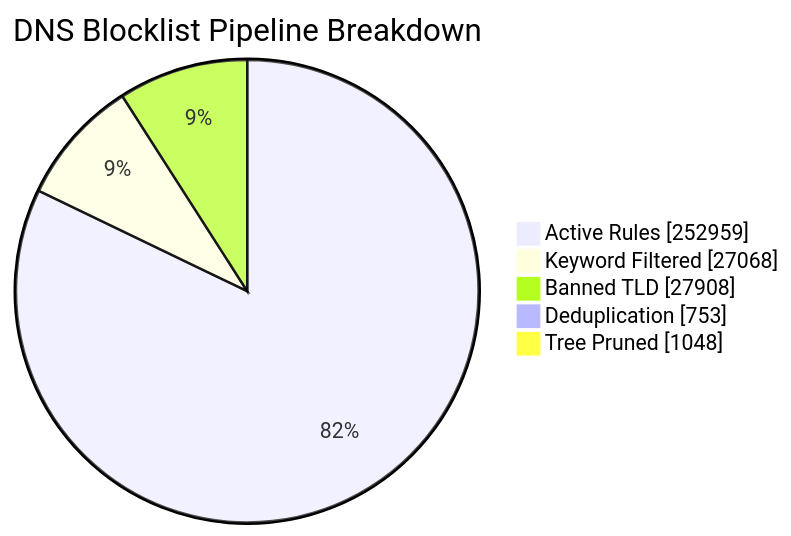
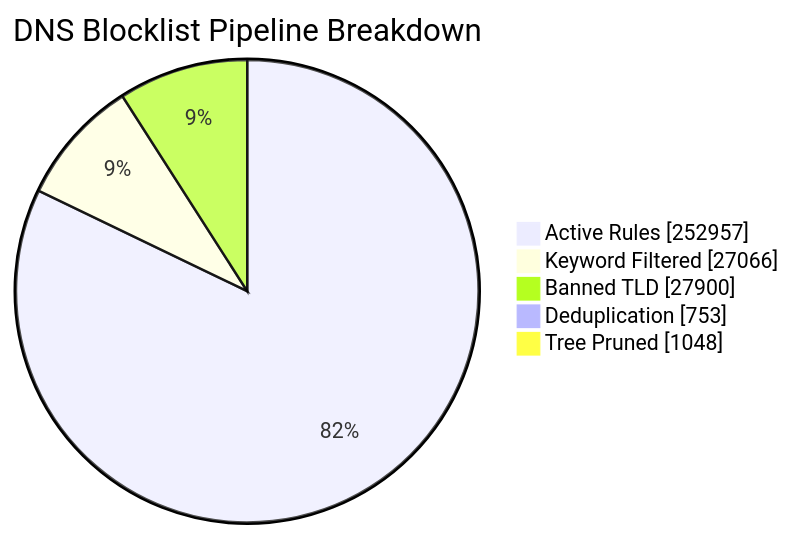
Before and after one commit to brojangles24/Cloudflare-ZeroTrust-AdBlock: the first of 6 diagrams in README_STATS.md, drawn with Mermaid. The commit also changed other lines of this file and 1 other file, not shown here.

````diff
--- a/README_STATS.md
+++ b/README_STATS.md
@@ -41,8 +41,8 @@
 ```mermaid
 pie showData title DNS Blocklist Pipeline Breakdown
-    "Active Rules"     : 252959
-    "Keyword Filtered" : 27068
-    "Banned TLD"       : 27908
+    "Active Rules"     : 252957
+    "Keyword Filtered" : 27066
+    "Banned TLD"       : 27900
     "Deduplication"    : 753
     "Tree Pruned"      : 1048
 ```
````
